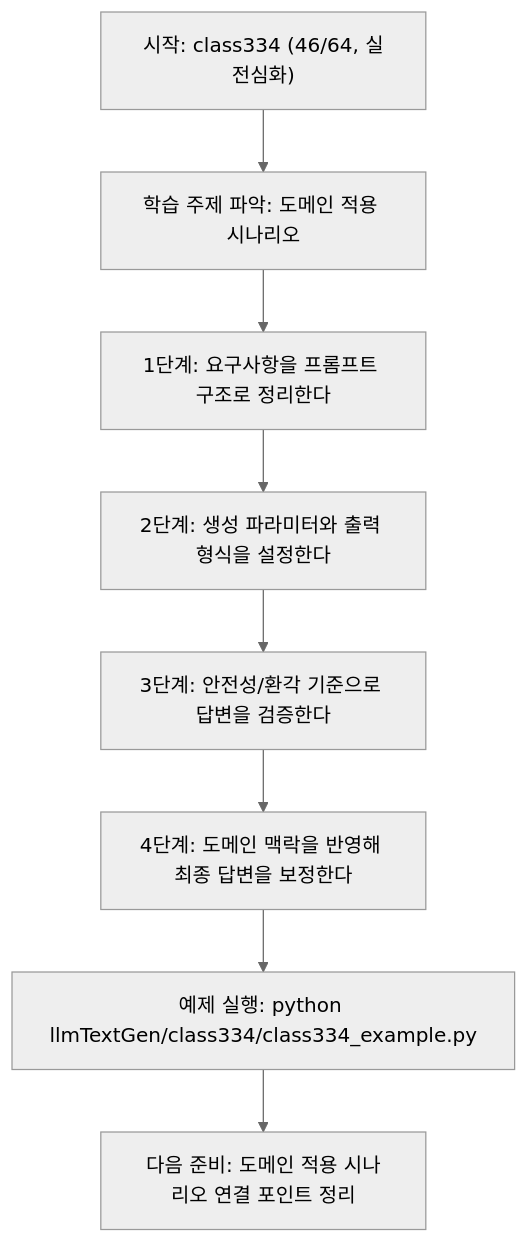
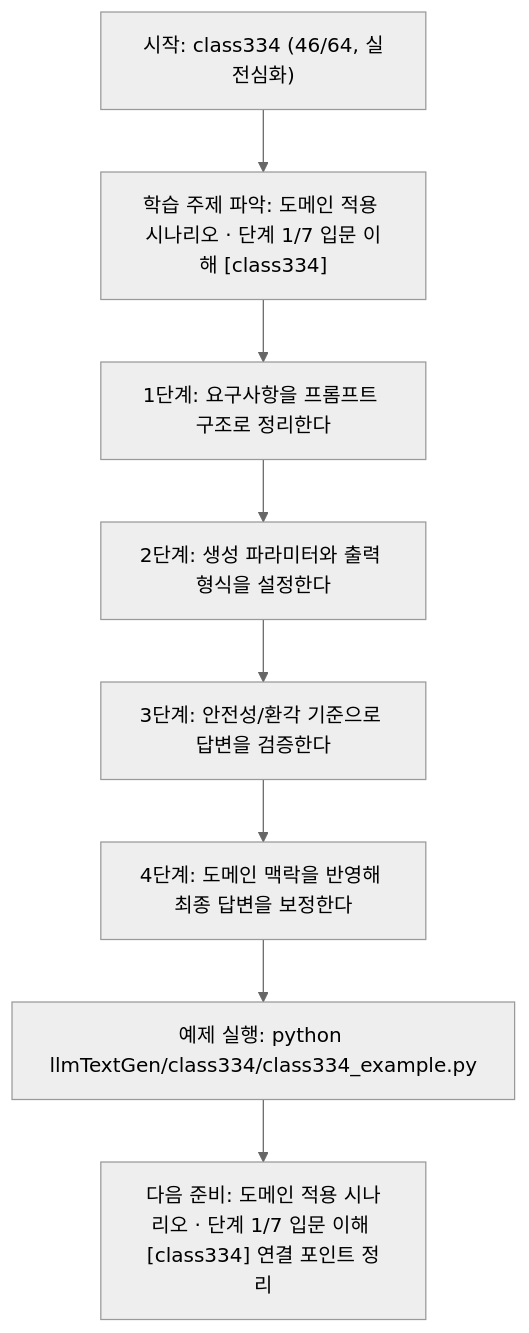
One commit to edumgt/Python-AI_Agent-Class changed the diagram in llmTextGen/class334/class334.md. Above: the diagram before and after it, drawn with Mermaid (neutral theme). The commit also changed other lines of this file and 522 other files, not shown here.

````diff
--- a/llmTextGen/class334/class334.md
+++ b/llmTextGen/class334/class334.md
@@ -113,18 +114,18 @@
 ```mermaid
 flowchart TD
 N1["시작: class334 (46/64, 실전심화)"]
-N2["학습 주제 파악: 도메인 적용 시나리오"]
+N2["학습 주제 파악: 도메인 적용 시나리오 · 단계 1/7 입문 이해 [class334]"]
 N3["1단계: 요구사항을 프롬프트 구조로 정리한다"]
 N4["2단계: 생성 파라미터와 출력 형식을 설정한다"]
 N5["3단계: 안전성/환각 기준으로 답변을 검증한다"]
 N6["4단계: 도메인 맥락을 반영해 최종 답변을 보정한다"]
 N7["예제 실행: python llmTextGen/class334/class334_example.py"]
-N8["다음 준비: 도메인 적용 시나리오 연결 포인트 정리"]
+N8["다음 준비: 도메인 적용 시나리오 · 단계 1/7 입문 이해 [class334] 연결 포인트 정리"]
 N1 --> N2
 N2 --> N3
 N3 --> N4
 N4 --> N5
 N5 --> N6
 N6 --> N7
 N7 --> N8
 ```
````
